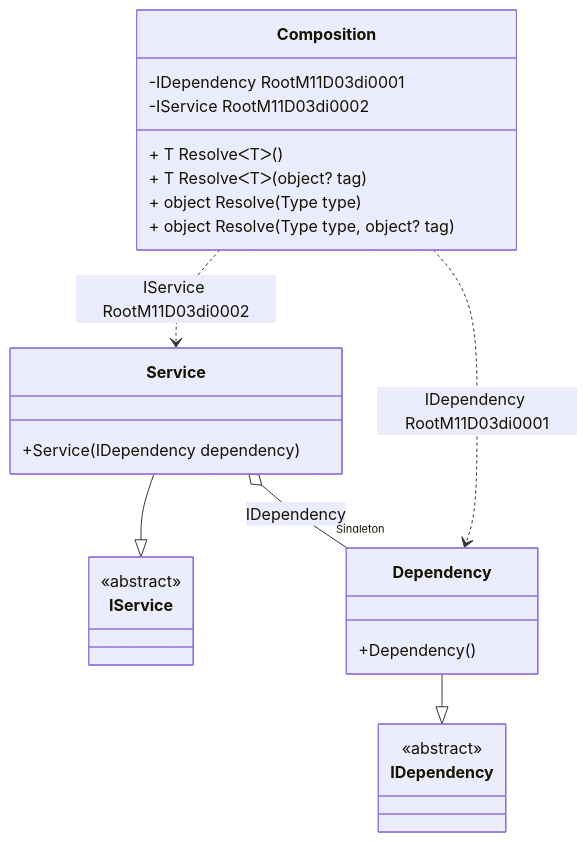
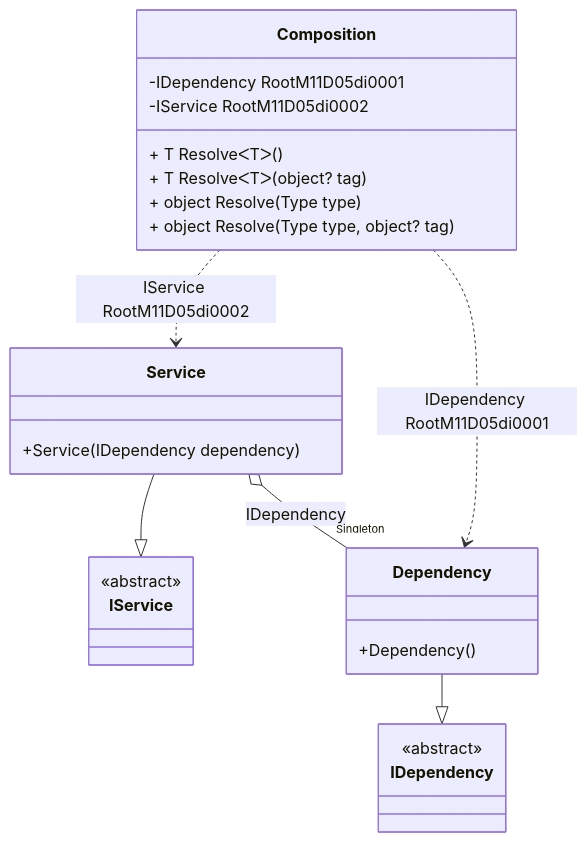
The diagram in readme/service-collection.md (DevTeam/Pure.DI), drawn with Mermaid before and after one commit. The commit also changed other lines of this file and 72 other files, not shown here.

````diff
--- a/readme/service-collection.md
+++ b/readme/service-collection.md
@@ -50,28 +50,28 @@
 ```mermaid
 classDiagram
   class Composition {
-    -IDependency RootM11D03di0001
-    -IService RootM11D03di0002
+    -IDependency RootM11D05di0001
+    -IService RootM11D05di0002
     + T ResolveᐸTᐳ()
     + T ResolveᐸTᐳ(object? tag)
     + object Resolve(Type type)
     + object Resolve(Type type, object? tag)
   }
   Service --|> IService : 
   class Service {
     +Service(IDependency dependency)
   }
   Dependency --|> IDependency : 
   class Dependency {
     +Dependency()
   }
   class IService {
     <<abstract>>
   }
   class IDependency {
     <<abstract>>
   }
   Service o--  "Singleton" Dependency : IDependency
-  Composition ..> Dependency : IDependency RootM11D03di0001
-  Composition ..> Service : IService RootM11D03di0002
+  Composition ..> Dependency : IDependency RootM11D05di0001
+  Composition ..> Service : IService RootM11D05di0002
 ```
````
